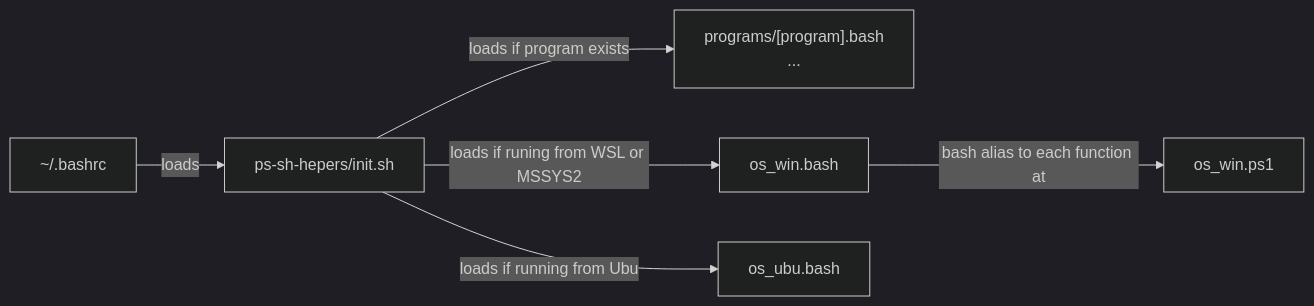
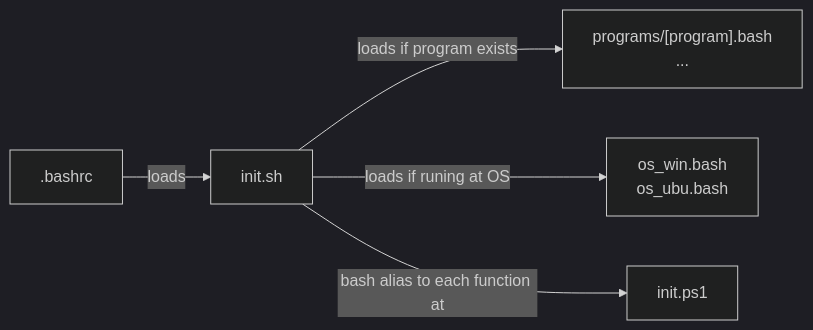
One commit to alanlivio/ps-sh-helpers changed the first of 2 diagrams in README.md. Above: the diagram before and after it, drawn with Mermaid. The commit also changed other lines of this file and 3 other files, not shown here.

Commit message:
load bash alias from init.ps1

````diff
--- a/README.md
+++ b/README.md
@@ -5,18 +7,20 @@
 ```mermaid
 %%{init: {'theme':'dark'}}%%
 flowchart LR
-    bashrc["~/.bashrc"]
-    init["ps-sh-hepers/init.sh"]
-    oswinps1["os_win.ps1"]
+    bashrc[".bashrc"]
+    ps-init["init.ps1"]
+    sh-init["init.sh"]
     program-dependent["
         programs/[program].bash
         ...
     "]
-    win["os_win.bash"]
-    ubu["os_ubu.bash"]
-    bashrc --> |"loads"| init
-    init --> |"loads if program exists"| program-dependent
-    win --> |"bash alias to each function at"| oswinps1
-    init --> |"loads if runing from WSL or MSSYS2"| win
-    init --> |"loads if running from Ubu"| ubu
+    OS-dependent["
+        os_win.bash
+        os_ubu.bash
+    "]
+    
+    bashrc --> |"loads"| sh-init
+    sh-init --> |"loads if program exists"| program-dependent
+    sh-init --> |"loads if runing at OS"| OS-dependent
+    sh-init --> |"bash alias to each function at"| ps-init
 ```
````
